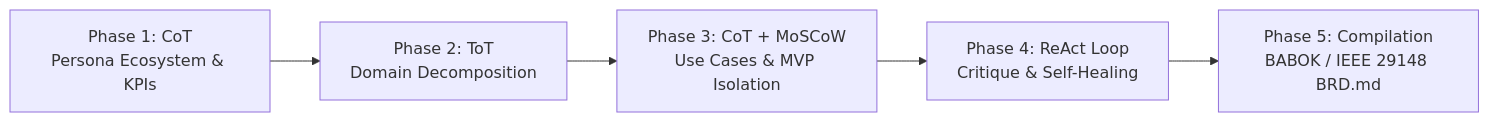
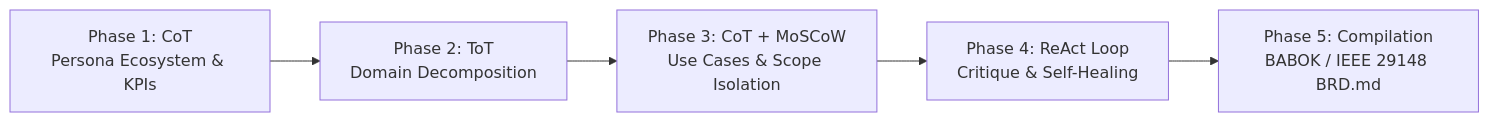
One commit to srikanthkakumanu/skills-catalog changed the fourth of 4 diagrams in skills/brd/README.md. Above: the diagram before and after it, drawn with Mermaid. The commit also changed other lines of this file and 13 other files, not shown here.

Commit message:
feat: add scope boundary validation to BRD linter with prototype, mvp, and full support levels

````diff
--- a/skills/brd/README.md
+++ b/skills/brd/README.md
@@ -156,7 +188,7 @@
 ```mermaid
 flowchart LR
     P1["Phase 1: CoT<br>Persona Ecosystem & KPIs"] --> P2["Phase 2: ToT<br>Domain Decomposition"]
-    P2 --> P3["Phase 3: CoT + MoSCoW<br>Use Cases & MVP Isolation"]
+    P2 --> P3["Phase 3: CoT + MoSCoW<br>Use Cases & Scope Isolation"]
     P3 --> P4["Phase 4: ReAct Loop<br>Critique & Self-Healing"]
     P4 --> P5["Phase 5: Compilation<br>BABOK / IEEE 29148 BRD.md"]
 ```
````
